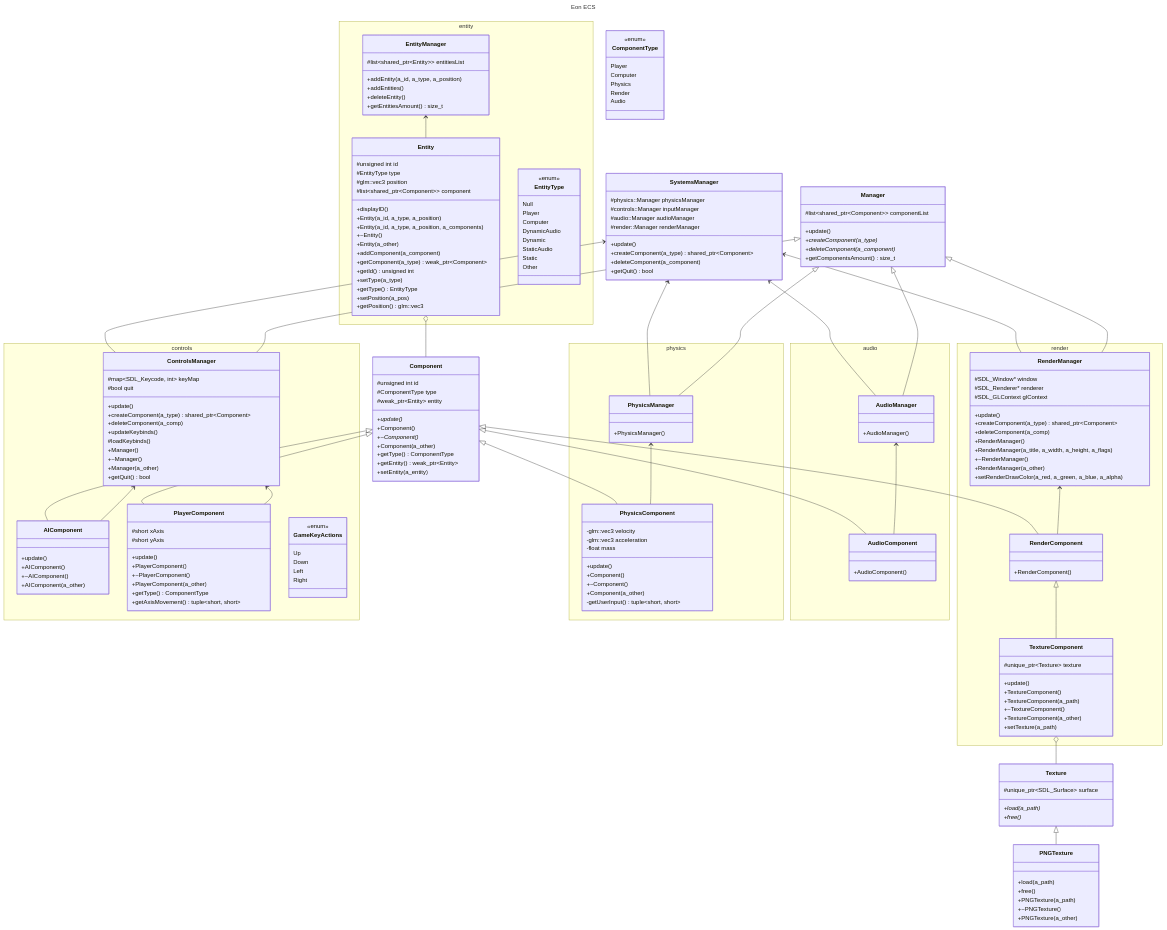
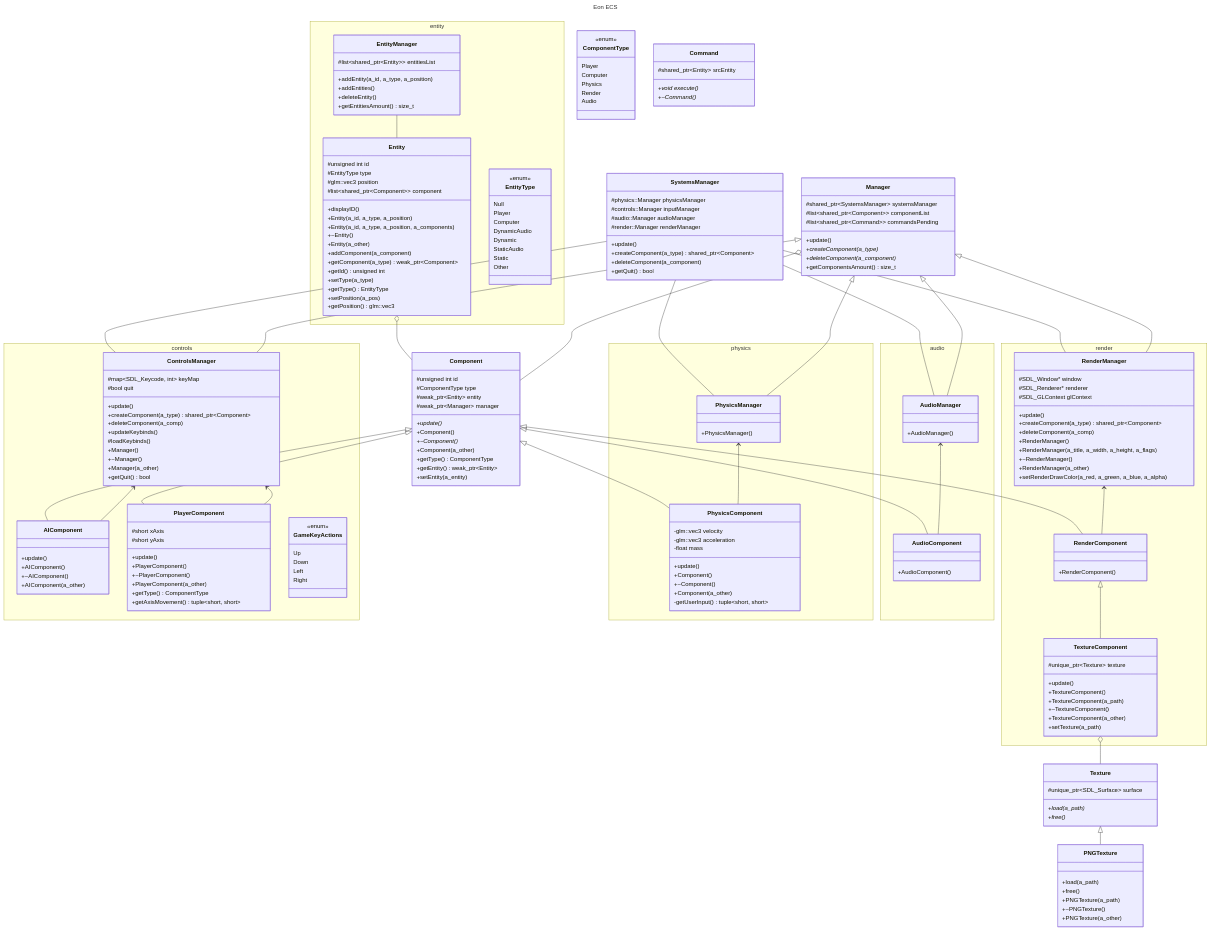
The diagram in docs/ClassDiagram.md (xololt-dev/Eon), drawn with Mermaid before and after one commit. The commit also changed 12 other files, not shown here.

```diff
--- a/docs/ClassDiagram.md
+++ b/docs/ClassDiagram.md
@@ -3,11 +3,11 @@
 title: Eon ECS
 ---
 classDiagram
-	SystemsManager <-- PhysicsManager
-	SystemsManager <-- AudioManager
-	SystemsManager <-- RenderManager
-	SystemsManager <-- ControlsManager
-	EntityManager <-- Entity
+	SystemsManager -- PhysicsManager
+	SystemsManager -- AudioManager
+	SystemsManager -- RenderManager
+	SystemsManager -- ControlsManager
+	EntityManager -- Entity
 
 	Texture <|-- PNGTexture
 
@@ -32,6 +32,7 @@
 	TextureComponent o-- Texture
 
 	Entity o-- Component
+	Manager o-- Component
 
 class SystemsManager {
 	#physics::Manager physicsManager
@@ -58,6 +59,7 @@
 	#unsigned int id
 	#ComponentType type
 	#weak_ptr~Entity~ entity
+	#weak_ptr~Manager~ manager
 
 	+update()*
 
@@ -71,13 +73,23 @@
 }
 
 class Manager {
+	#shared_ptr~SystemsManager~ systemsManager
 	#list~shared_ptr~Component~~ componentList
+	#list~shared_ptr~Command~~ commandsPending
 
 	+update()
 	+createComponent(a_type)*
 	+deleteComponent(a_component)*
 
 	+getComponentsAmount() size_t
+}
+
+class Command {
+	#shared_ptr~Entity~ srcEntity
+
+	+void execute()*
+
+	+~Command()*
 }
 
 class Texture {
```
